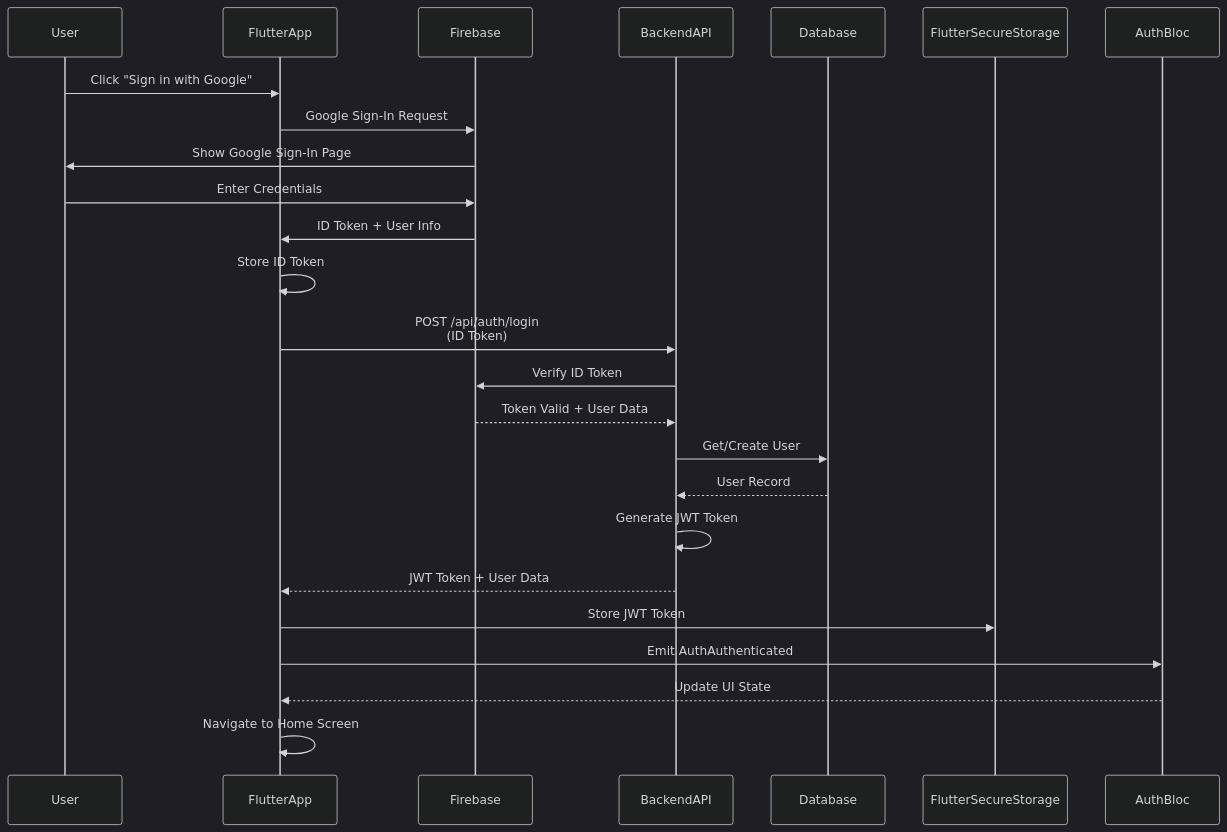
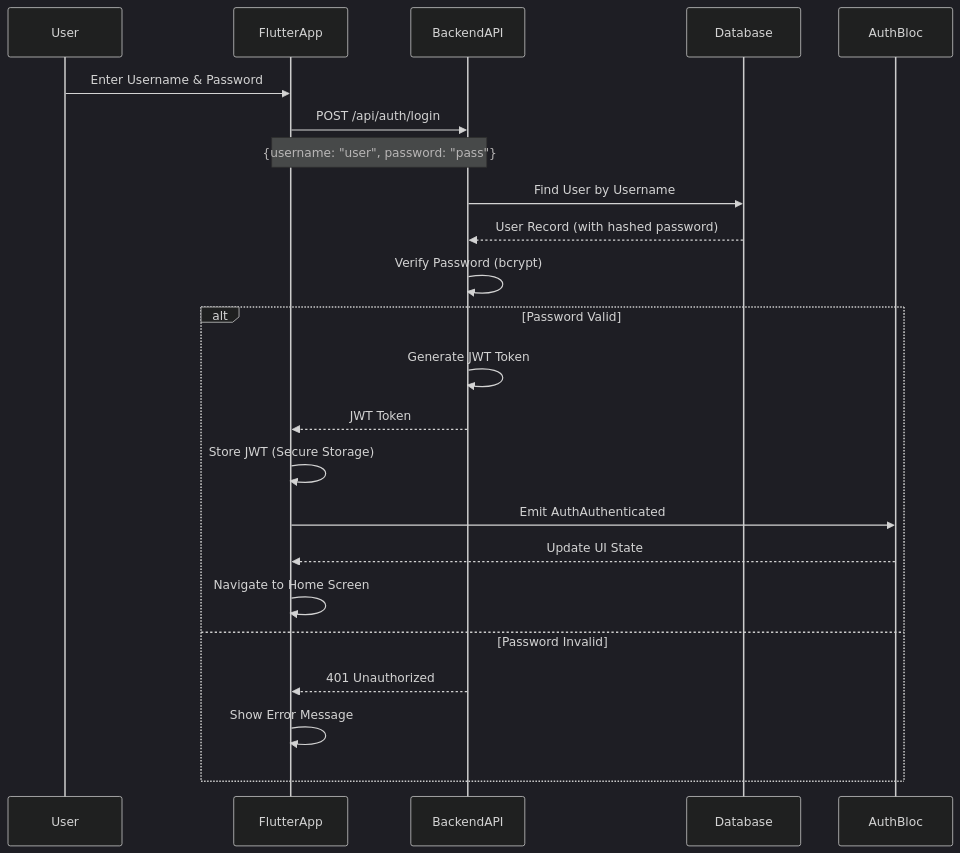
The diagram in docs/architecture/auth-flow.md (sunmodza/pm_docs), drawn with Mermaid (dark theme) before and after one commit. The commit also changed other lines of this file and 7 other files, not shown here.

````diff
--- a/docs/architecture/auth-flow.md
+++ b/docs/architecture/auth-flow.md
@@ -9,26 +9,28 @@
 ```mermaid
 sequenceDiagram
     participant User
     participant FlutterApp
-    participant Firebase
     participant BackendAPI
     participant Database
 
-    User->>FlutterApp: Click "Sign in with Google"
-    FlutterApp->>Firebase: Google Sign-In Request
-    Firebase->>User: Show Google Sign-In Page
-    User->>Firebase: Enter Credentials
-    Firebase->>FlutterApp: ID Token + User Info
-    FlutterApp->>FlutterApp: Store ID Token
-    FlutterApp->>BackendAPI: POST /api/auth/login<br/>(ID Token)
-    BackendAPI->>Firebase: Verify ID Token
-    Firebase-->>BackendAPI: Token Valid + User Data
-    BackendAPI->>Database: Get/Create User
-    Database-->>BackendAPI: User Record
-    BackendAPI->>BackendAPI: Generate JWT Token
-    BackendAPI-->>FlutterApp: JWT Token + User Data
-    FlutterApp->>FlutterSecureStorage: Store JWT Token
-    FlutterApp->>AuthBloc: Emit AuthAuthenticated
-    AuthBloc-->>FlutterApp: Update UI State
-    FlutterApp->>FlutterApp: Navigate to Home Screen
+    User->>FlutterApp: Enter Username & Password
+    FlutterApp->>BackendAPI: POST /api/auth/login
+    Note over FlutterApp,BackendAPI: {username: "user", password: "pass"}
+    
+    BackendAPI->>Database: Find User by Username
+    Database-->>BackendAPI: User Record (with hashed password)
+    
+    BackendAPI->>BackendAPI: Verify Password (bcrypt)
+    
+    alt Password Valid
+        BackendAPI->>BackendAPI: Generate JWT Token
+        BackendAPI-->>FlutterApp: JWT Token
+        FlutterApp->>FlutterApp: Store JWT (Secure Storage)
+        FlutterApp->>AuthBloc: Emit AuthAuthenticated
+        AuthBloc-->>FlutterApp: Update UI State
+        FlutterApp->>FlutterApp: Navigate to Home Screen
+    else Password Invalid
+        BackendAPI-->>FlutterApp: 401 Unauthorized
+        FlutterApp->>FlutterApp: Show Error Message
+    end
 ```
````
